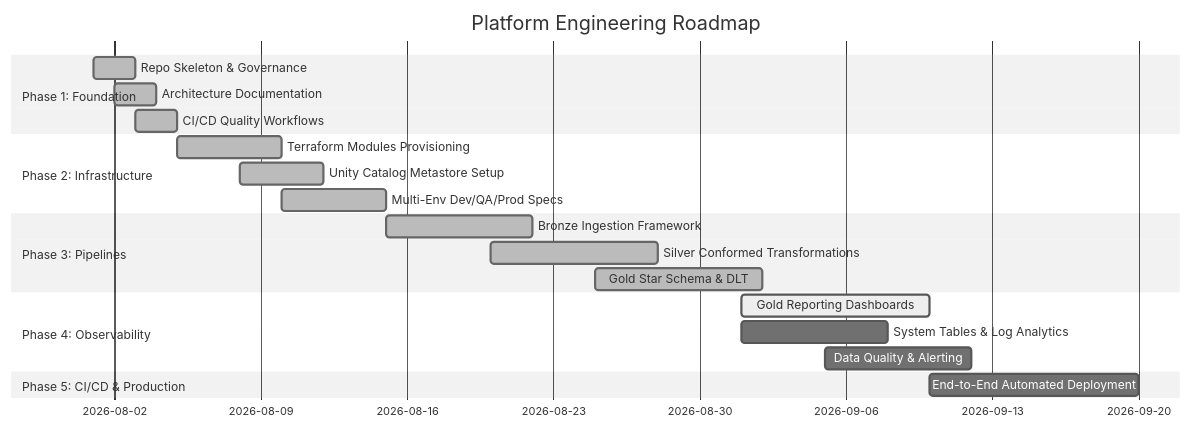
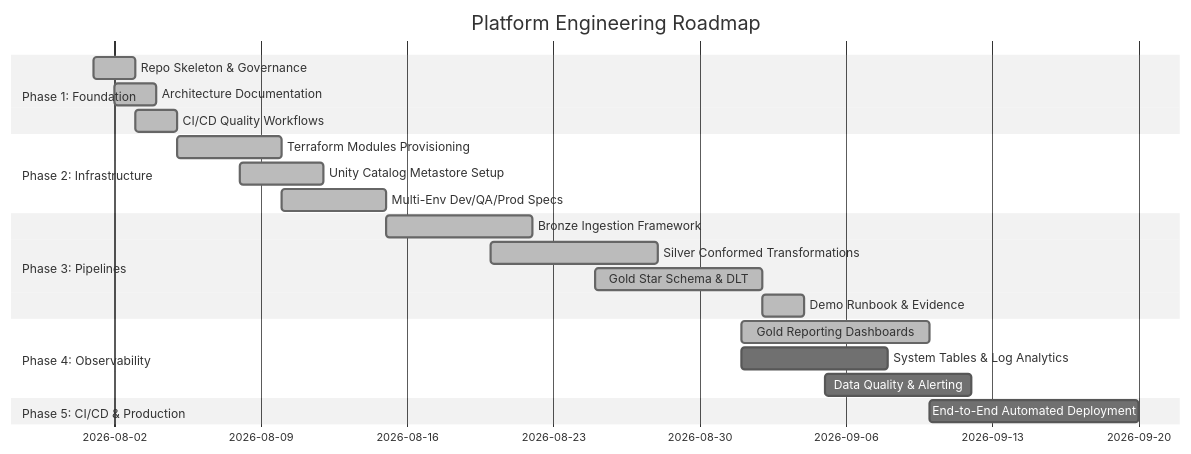
Before and after one commit to An0N-ops/Azure-Databricks-Lakehouse-Platform: the diagram in docs/project-roadmap.md, drawn with Mermaid (neutral theme). The commit also changed other lines of this file and 2 other files, not shown here.

Commit message:
docs(project): align roadmap, changelog and README with implemented capability

````diff
--- a/docs/project-roadmap.md
+++ b/docs/project-roadmap.md
@@ -11,23 +11,24 @@
 ```mermaid
 gantt
     title Platform Engineering Roadmap
     dateFormat  YYYY-MM-DD
     section Phase 1: Foundation
     Repo Skeleton & Governance       :done, p1_1, 2026-08-01, 2026-08-03
     Architecture Documentation      :done, p1_2, 2026-08-02, 2026-08-04
     CI/CD Quality Workflows          :done, p1_3, 2026-08-03, 2026-08-05
     section Phase 2: Infrastructure
     Terraform Modules Provisioning   :done, p2_1, 2026-08-05, 2026-08-10
     Unity Catalog Metastore Setup    :done, p2_2, 2026-08-08, 2026-08-12
     Multi-Env Dev/QA/Prod Specs      :done, p2_3, 2026-08-10, 2026-08-15
     section Phase 3: Pipelines
     Bronze Ingestion Framework      :done, p3_1, 2026-08-15, 2026-08-22
     Silver Conformed Transformations :done, p3_2, 2026-08-20, 2026-08-28
     Gold Star Schema & DLT          :done, p3_3, 2026-08-25, 2026-09-02
+    Demo Runbook & Evidence         :done, p3_4, 2026-09-02, 2026-09-04
     section Phase 4: Observability
-    Gold Reporting Dashboards        :active, p4_0, 2026-09-01, 2026-09-10
+    Gold Reporting Dashboards        :done, p4_0, 2026-09-01, 2026-09-10
     System Tables & Log Analytics   : p4_1, 2026-09-01, 2026-09-08
     Data Quality & Alerting         : p4_2, 2026-09-05, 2026-09-12
     section Phase 5: CI/CD & Production
     End-to-End Automated Deployment  : p5_1, 2026-09-10, 2026-09-20
 ```
````
